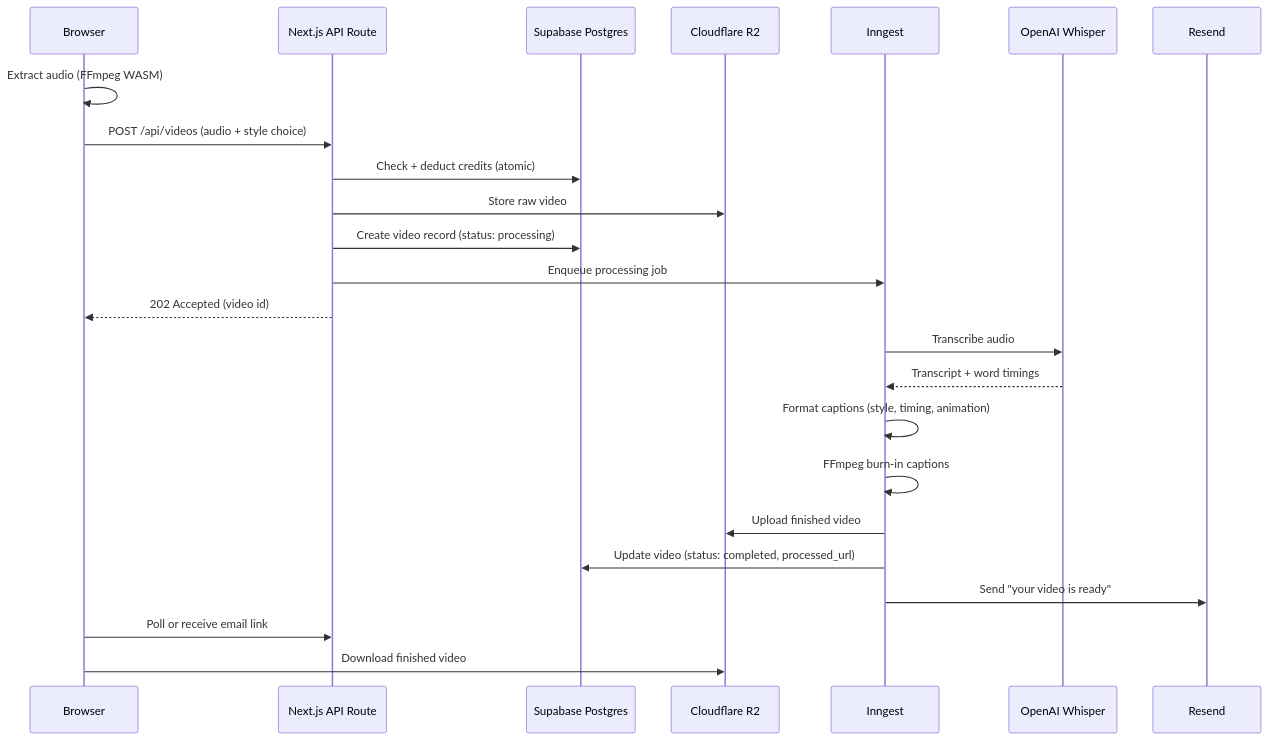
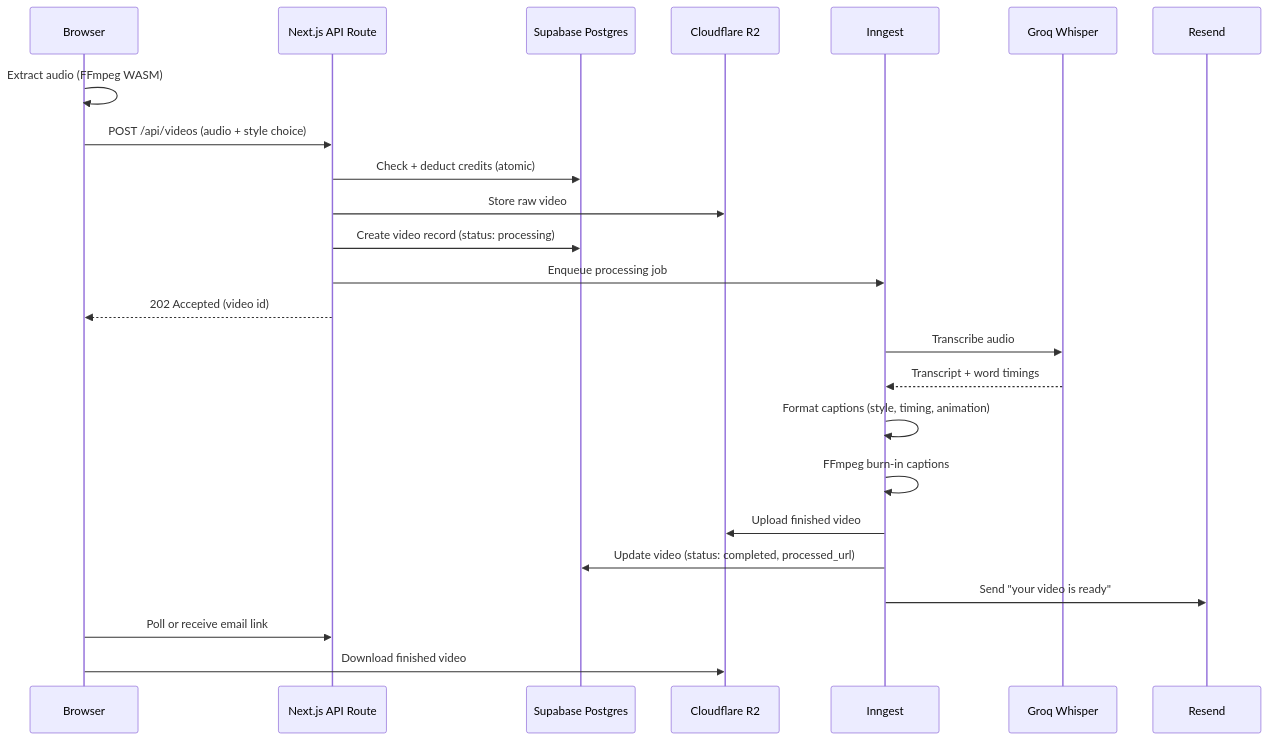
The diagram in docs/ARCHITECTURE.md (adityakmr7/caption-craft), drawn with Mermaid before and after one commit. The commit also changed other lines of this file and 3 other files, not shown here.

First line of the commit message:
feat: switch transcription to Groq's Whisper endpoint

````diff
--- a/docs/ARCHITECTURE.md
+++ b/docs/ARCHITECTURE.md
@@ -125,29 +125,29 @@
 ```mermaid
 sequenceDiagram
     participant Browser
     participant API as Next.js API Route
     participant DB as Supabase Postgres
     participant R2 as Cloudflare R2
     participant Queue as Inngest
-    participant Whisper as OpenAI Whisper
+    participant Whisper as Groq Whisper
     participant Email as Resend
 
     Browser->>Browser: Extract audio (FFmpeg WASM)
     Browser->>API: POST /api/videos (audio + style choice)
     API->>DB: Check + deduct credits (atomic)
     API->>R2: Store raw video
     API->>DB: Create video record (status: processing)
     API->>Queue: Enqueue processing job
     API-->>Browser: 202 Accepted (video id)
 
     Queue->>Whisper: Transcribe audio
     Whisper-->>Queue: Transcript + word timings
     Queue->>Queue: Format captions (style, timing, animation)
     Queue->>Queue: FFmpeg burn-in captions
     Queue->>R2: Upload finished video
     Queue->>DB: Update video (status: completed, processed_url)
     Queue->>Email: Send "your video is ready"
 
     Browser->>API: Poll or receive email link
     Browser->>R2: Download finished video
 ```
````
